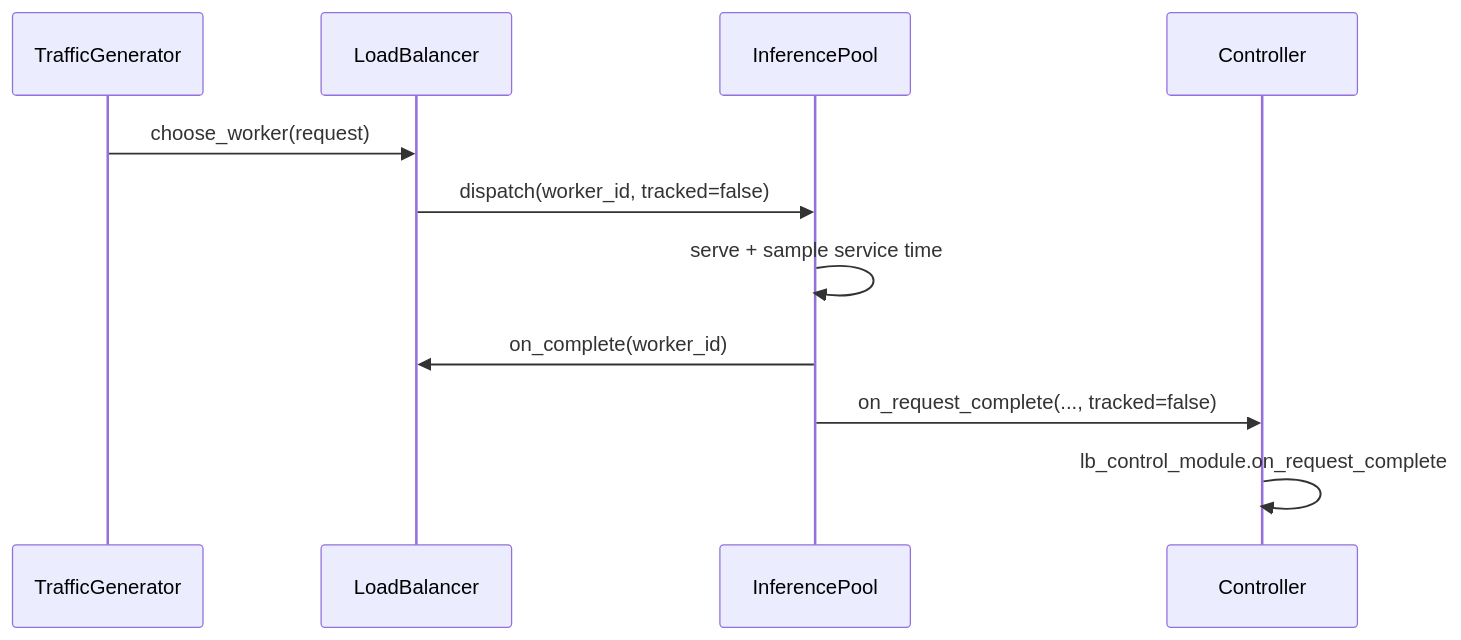
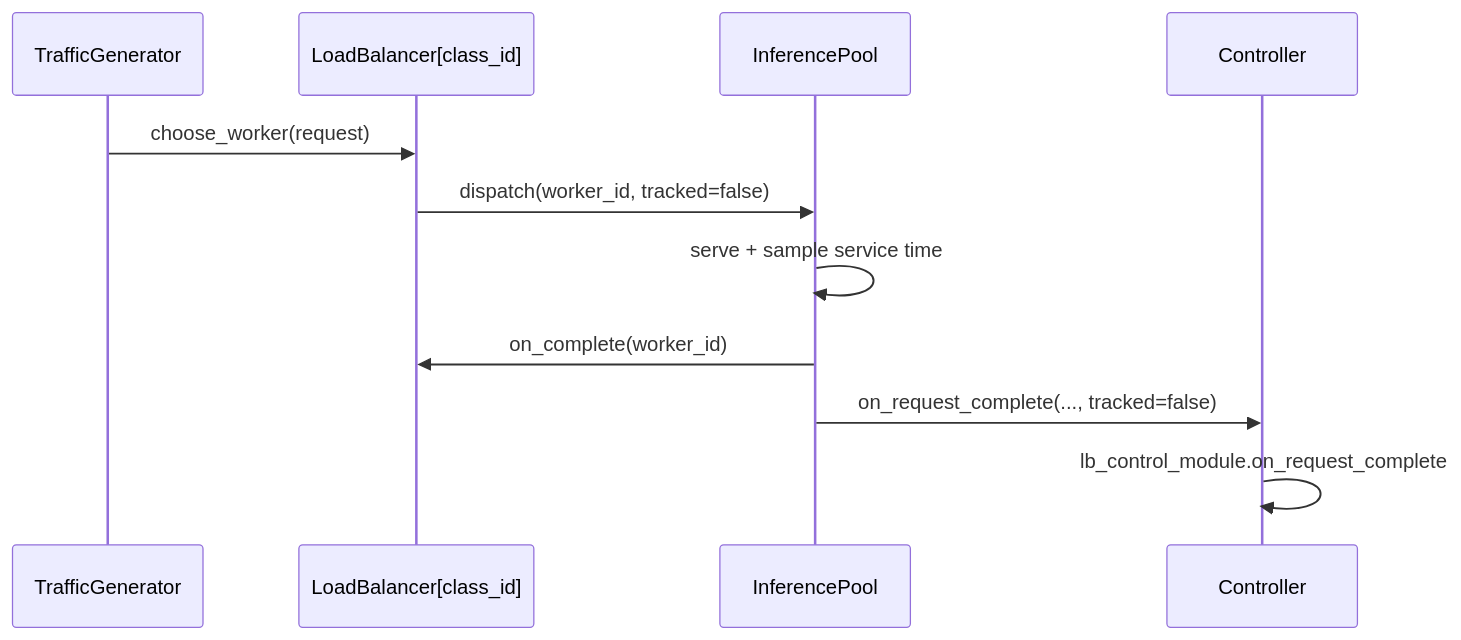
One commit to ahihi8z8z/lb-simulation changed the first of 3 diagrams in docs/flow_diagrams.md. Above: the diagram before and after it, drawn with Mermaid. The commit also changed other lines of this file and 8 other files, not shown here.

Commit message:
Update docs for per-class LB and tracker architecture

````diff
--- a/docs/flow_diagrams.md
+++ b/docs/flow_diagrams.md
@@ -5,13 +5,13 @@
 ```mermaid
 sequenceDiagram
     participant TG as TrafficGenerator
-    participant LB as LoadBalancer
+    participant LB as LoadBalancer[class_id]
     participant IP as InferencePool
     participant C as Controller
     TG->>LB: choose_worker(request)
     LB->>IP: dispatch(worker_id, tracked=false)
     IP->>IP: serve + sample service time
     IP->>LB: on_complete(worker_id)
     IP->>C: on_request_complete(..., tracked=false)
     C->>C: lb_control_module.on_request_complete
 ```
````
